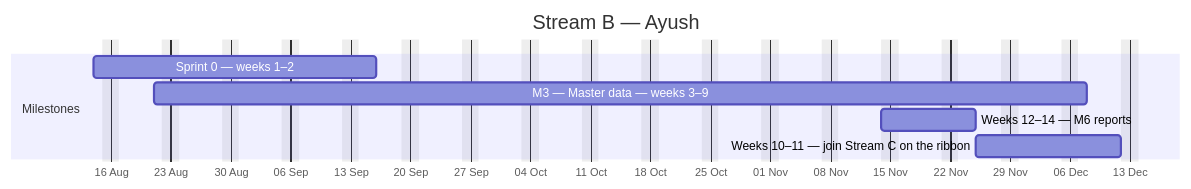
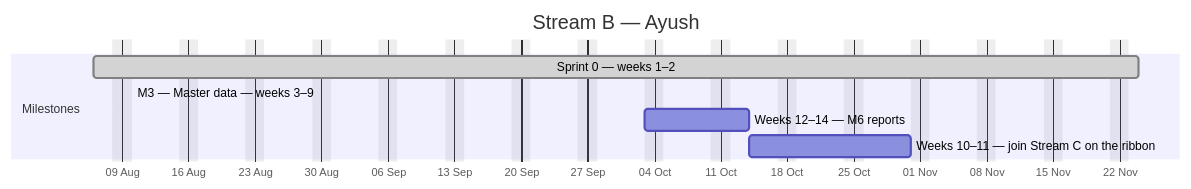
The second of 4 diagrams in docs/plan/GANTT.md (debashisedunext/EduTrack), drawn with Mermaid before and after one commit. The commit also changed other lines of this file and 3 other files, not shown here.

````diff
--- a/docs/plan/GANTT.md
+++ b/docs/plan/GANTT.md
@@ -156,12 +139,12 @@
 ```mermaid
 gantt
     dateFormat YYYY-MM-DD
     axisFormat %d %b
     title Stream B — Ayush
     excludes weekends
     section Milestones
-    Sprint 0 — weeks 1–2 :b0, 2026-08-14, 23d
-    M3 — Master data — weeks 3–9 :b1, 2026-08-21, 77d
-    Weeks 12–14 — M6 reports :b2, 2026-11-14, 8d
-    Weeks 10–11 — join Stream C on the ribbon :b3, 2026-11-25, 13d
+    Sprint 0 — weeks 1–2 :done, b0, 2026-08-06, 78d
+    M3 — Master data — weeks 3–9 :active, b1, 2026-08-10, -19d
+    Weeks 12–14 — M6 reports :b2, 2026-10-03, 8d
+    Weeks 10–11 — join Stream C on the ribbon :b3, 2026-10-14, 13d
 ```
````
